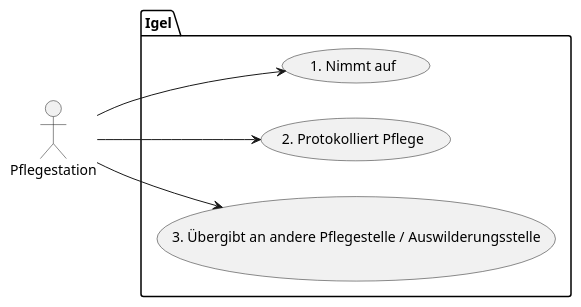
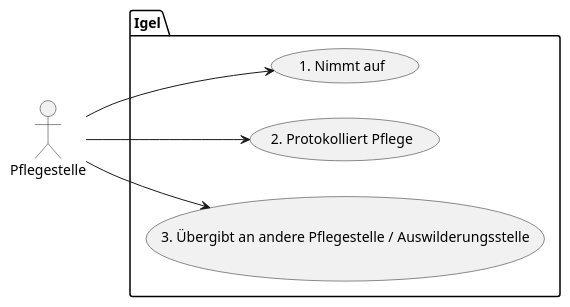
One commit to error-empire/igelhilfe_pflegeprotokoll changed the diagram in diagrams/usecases.puml. Above: the diagram before and after it, drawn with PlantUML. The commit also changed 1 other file, not shown here.

Commit message:
Rename Pflegestation -> Pflegestelle

```diff
--- a/diagrams/usecases.puml
+++ b/diagrams/usecases.puml
@@ -1,12 +1,12 @@
 @startuml
 left to right direction
-actor Pflegestation as station
+actor Pflegestelle as stelle
 package Igel {
     usecase "1. Nimmt auf" as Aufnahme
     usecase "2. Protokolliert Pflege" as Protokolliert
     usecase "3. Übergibt an andere Pflegestelle / Auswilderungsstelle" as Uebergabe
 }
-station --> Aufnahme
-station --> Protokolliert
-station --> Uebergabe
+stelle --> Aufnahme
+stelle --> Protokolliert
+stelle --> Uebergabe
 @enduml
```
